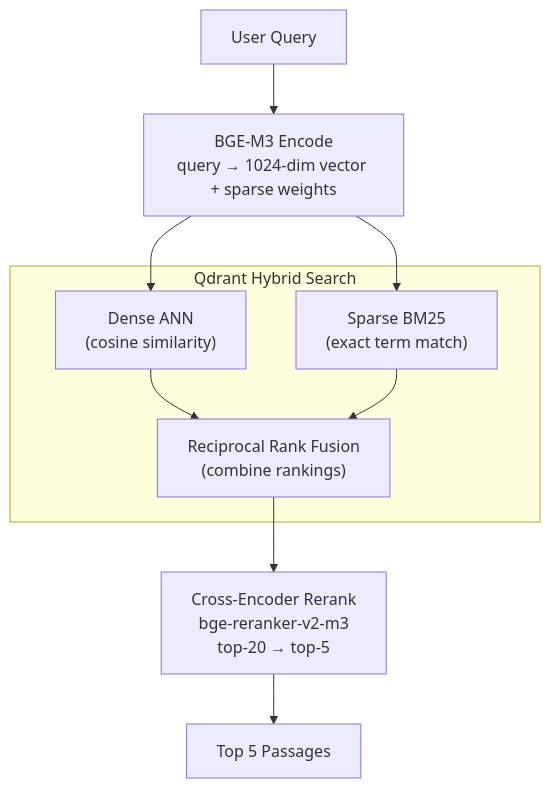
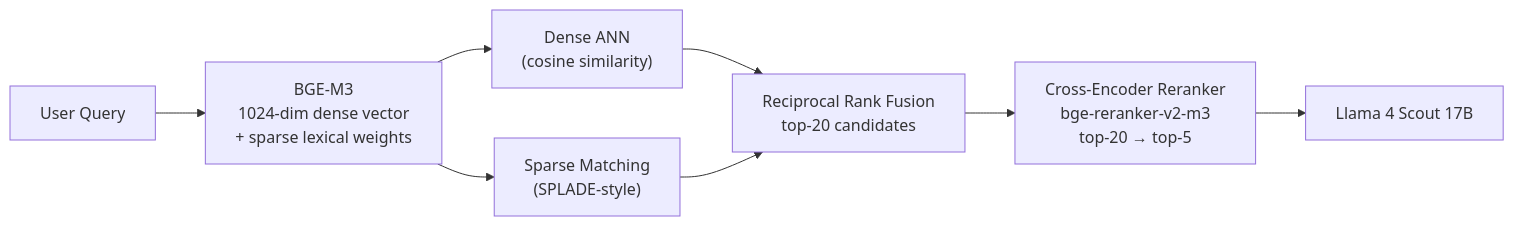
The third of 4 diagrams in ENGINEERING.md (sharanharsoor/antardarshan), drawn with Mermaid before and after one commit. The commit also changed other lines of this file and 6 other files, not shown here.

````diff
--- a/ENGINEERING.md
+++ b/ENGINEERING.md
@@ -131,16 +155,12 @@
 ```mermaid
-flowchart TD
-    Query["User Query"]
-    Encode["BGE-M3 Encode\nquery → 1024-dim vector + sparse weights"]
+flowchart LR
+    Q["User Query"]
+    BGE["BGE-M3\n1024-dim dense vector\n+ sparse lexical weights"]
+    Dense["Dense ANN\n(cosine similarity)"]
+    Sparse["Sparse Matching\n(SPLADE-style)"]
+    RRF["Reciprocal Rank Fusion\ntop-20 candidates"]
+    Cross["Cross-Encoder Reranker\nbge-reranker-v2-m3\ntop-20 → top-5"]
+    LLM["Llama 4 Scout 17B"]
 
-    subgraph Qdrant["Qdrant Hybrid Search"]
-        Dense["Dense ANN\n(cosine similarity)"]
-        Sparse["Sparse BM25\n(exact term match)"]
-        RRF["Reciprocal Rank Fusion\n(combine rankings)"]
-    end
-
-    Rerank["Cross-Encoder Rerank\nbge-reranker-v2-m3\ntop-20 → top-5"]
-    Results["Top 5 Passages"]
-
-    Query --> Encode --> Dense & Sparse --> RRF --> Rerank --> Results
+    Q --> BGE --> Dense & Sparse --> RRF --> Cross --> LLM
 ```
````
